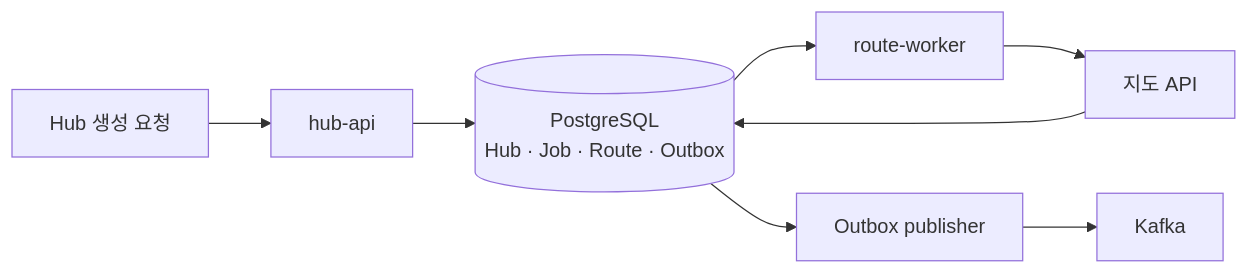
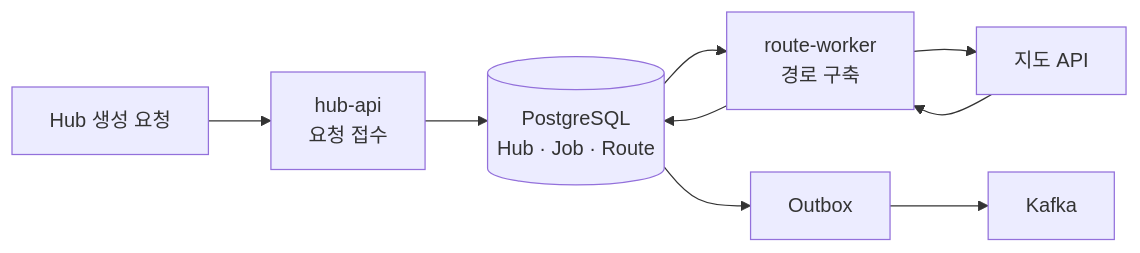
One commit to jumun-personal/hub changed the first of 3 diagrams in README.md. Above: the diagram before and after it, drawn with Mermaid. The commit also changed other lines of this file and 2 other files, not shown here.

Commit message:
docs(hub-route): 문서 갱신

````diff
--- a/README.md
+++ b/README.md
@@ -12,9 +12,10 @@
 ```mermaid
 flowchart LR
-    Client["Hub 생성 요청"] --> API["hub-api"]
-    API --> DB[("PostgreSQL<br/>Hub · Job · Route · Outbox")]
-    DB --> Worker["route-worker"]
+    Client["Hub 생성 요청"] --> API["hub-api<br/>요청 접수"]
+    API --> DB[("PostgreSQL<br/>Hub · Job · Route")]
+    DB --> Worker["route-worker<br/>경로 구축"]
     Worker --> Map["지도 API"]
-    Map --> DB
-    DB --> Outbox["Outbox publisher"] --> Kafka["Kafka"]
+    Map --> Worker
+    Worker --> DB
+    DB --> Outbox["Outbox"] --> Kafka["Kafka"]
 ```
````
